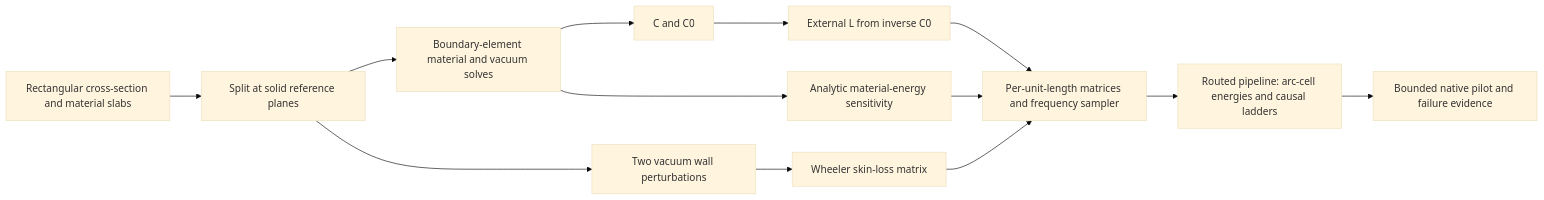
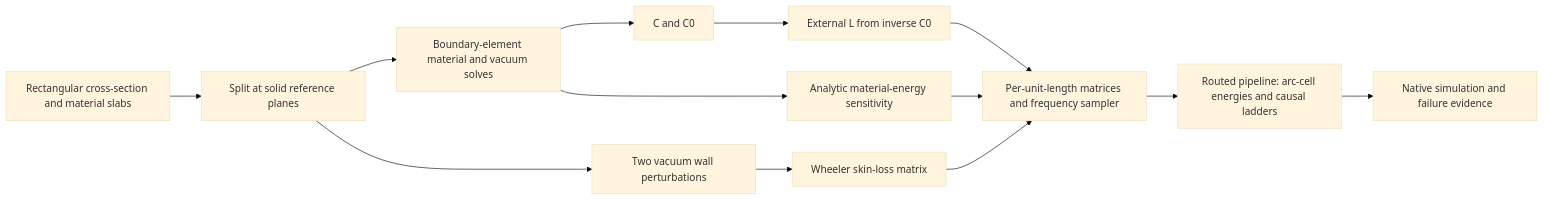
Before and after one commit to draarivpatel-ui/signal-integrity-pipeline: the second of 5 diagrams in docs/ARCHITECTURE.md, drawn with Mermaid (base theme). The commit also changed other lines of this file and 1 other file, not shown here.

Commit message:
Document the routed pipeline without run limits

````diff
--- a/docs/ARCHITECTURE.md
+++ b/docs/ARCHITECTURE.md
@@ -83,15 +83,15 @@
 ```mermaid
 flowchart LR
   section[Rectangular cross-section and material slabs] --> regions[Split at solid reference planes]
   regions --> fields[Boundary-element material and vacuum solves]
   fields --> capacitance[C and C0]
   capacitance --> inductance[External L from inverse C0]
   fields --> dielectric[Analytic material-energy sensitivity]
   regions --> walls[Two vacuum wall perturbations]
   walls --> skin[Wheeler skin-loss matrix]
   dielectric --> result[Per-unit-length matrices and frequency sampler]
   skin --> result
   inductance --> result
   result --> routed[Routed pipeline: arc-cell energies and causal ladders]
-  routed --> pilot[Bounded native pilot and failure evidence]
+  routed --> pilot[Native simulation and failure evidence]
 ```
````
